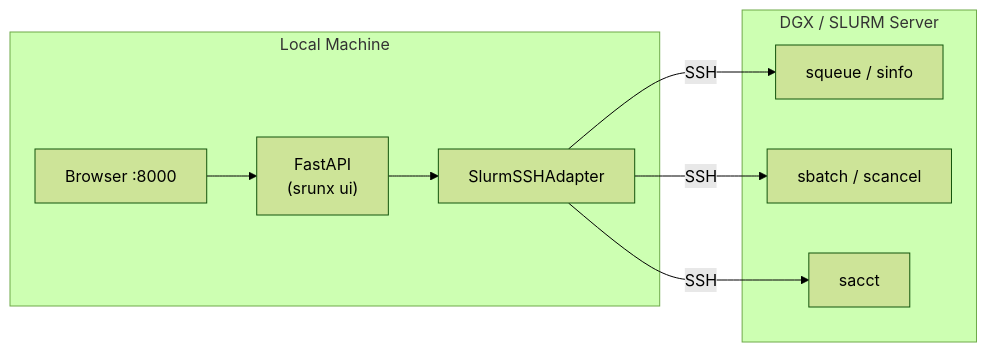
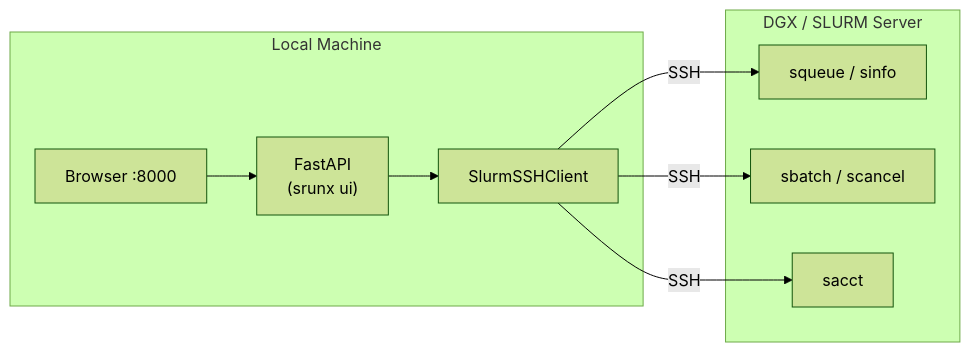
Before and after one commit to ksterx/srunx: the first of 3 diagrams in docs/explanation/architecture.md, drawn with Mermaid (forest theme). The commit also changed other lines of this file and 53 other files, not shown here.

First line of the commit message:
refactor(slurm): rename SlurmSSHAdapter→SlurmSSHClient + split into clients/ (#203)

````diff
--- a/docs/explanation/architecture.md
+++ b/docs/explanation/architecture.md
@@ -68,17 +68,17 @@
 ```mermaid
 flowchart LR
   subgraph local["Local Machine"]
     Browser["Browser :8000"]
     FastAPI["FastAPI\n(srunx ui)"]
-    Adapter["SlurmSSHAdapter"]
-    Browser --> FastAPI --> Adapter
+    Client["SlurmSSHClient"]
+    Browser --> FastAPI --> Client
   end
   subgraph remote["DGX / SLURM Server"]
     squeue["squeue / sinfo"]
     sbatch["sbatch / scancel"]
     sacct["sacct"]
   end
-  Adapter -- SSH --> squeue
-  Adapter -- SSH --> sbatch
-  Adapter -- SSH --> sacct
+  Client -- SSH --> squeue
+  Client -- SSH --> sbatch
+  Client -- SSH --> sacct
 ```
````
